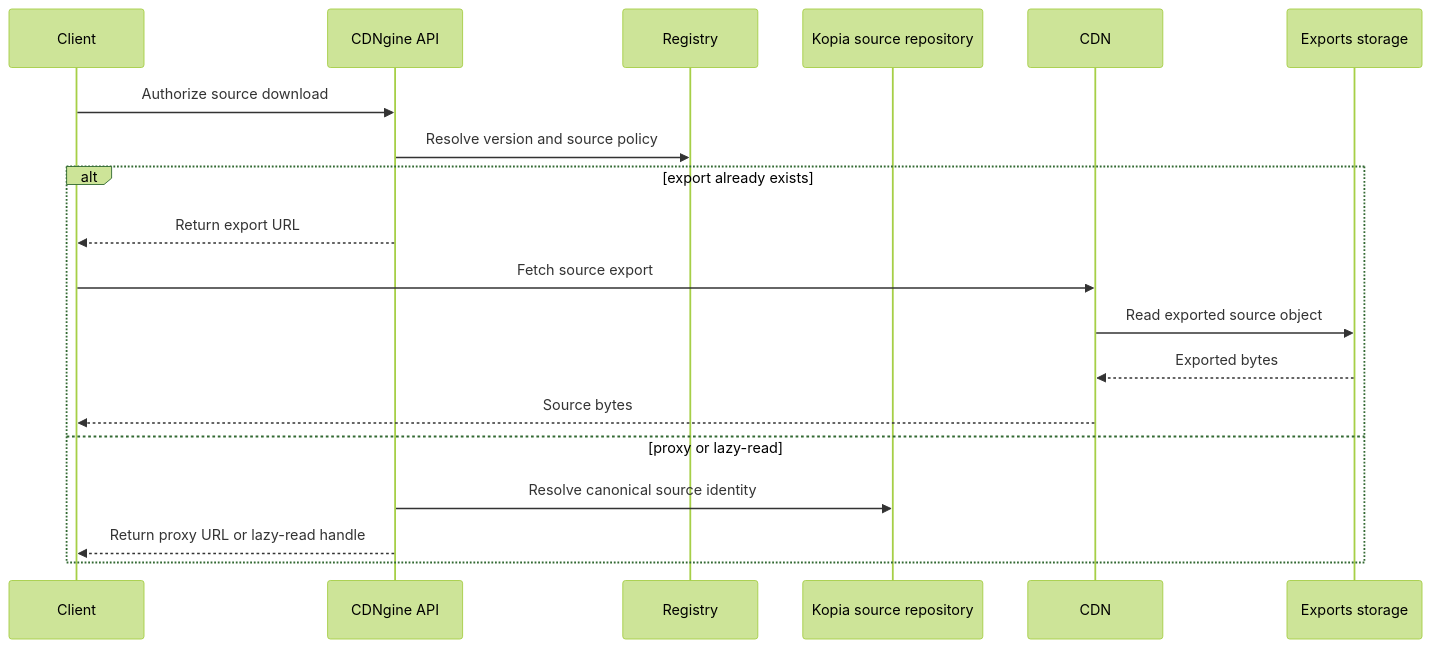
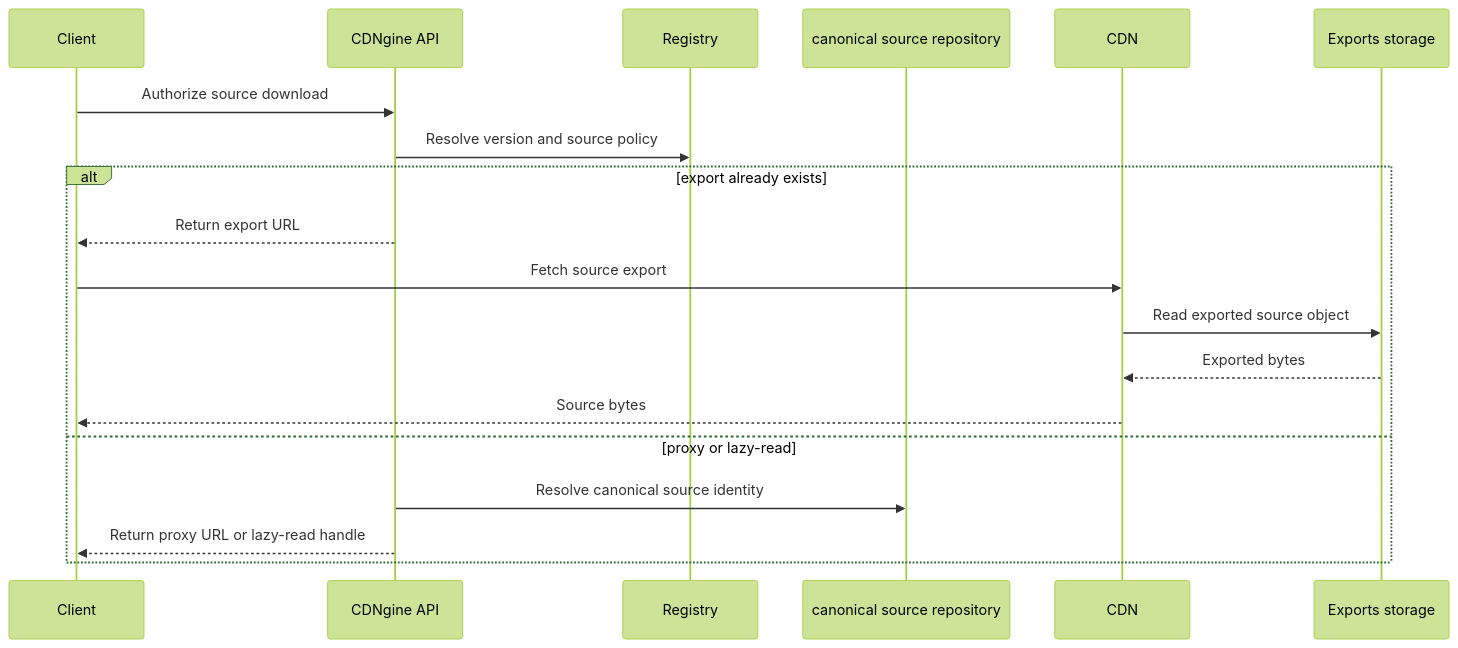
The fifth of 5 diagrams in README.md (Yeusepe/cdngine), drawn with Mermaid (forest theme) before and after one commit. The commit also changed other lines of this file and 85 other files, not shown here.

First line of the commit message:
Add canonical source materialization and Xet default

````diff
--- a/README.md
+++ b/README.md
@@ -168,22 +168,22 @@
 ```mermaid
 sequenceDiagram
     participant Client
     participant API as CDNgine API
     participant Registry
-    participant Source as Kopia source repository
+    participant Source as canonical source repository
     participant CDN as CDN
     participant Exports as Exports storage
 
     Client->>API: Authorize source download
     API->>Registry: Resolve version and source policy
     alt export already exists
         API-->>Client: Return export URL
         Client->>CDN: Fetch source export
         CDN->>Exports: Read exported source object
         Exports-->>CDN: Exported bytes
         CDN-->>Client: Source bytes
     else proxy or lazy-read
         API->>Source: Resolve canonical source identity
         API-->>Client: Return proxy URL or lazy-read handle
     end
 ```
````
